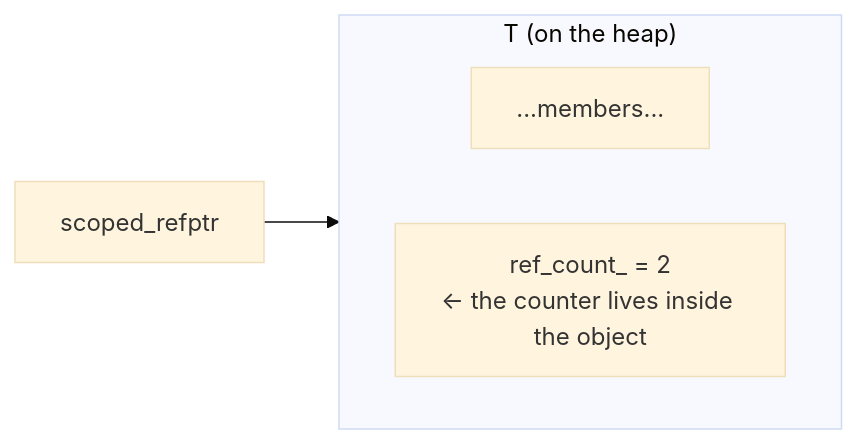
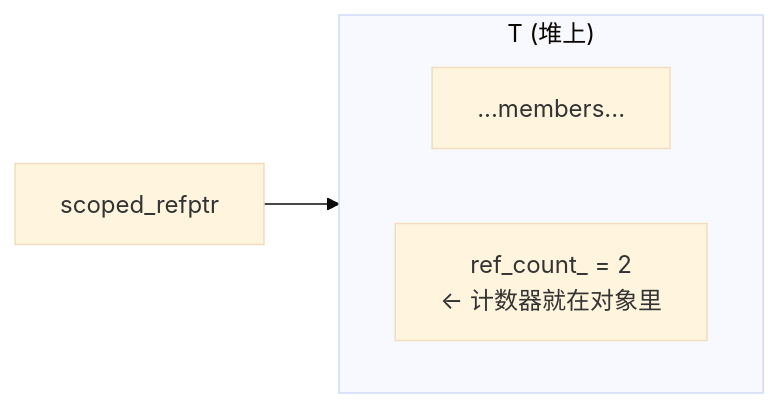
One commit to Awesome-Embedded-Learning-Studio/Tutorial_AwesomeModernCPP changed the second of 2 diagrams in documents/en/vol9-open-source-project-learn/chrome/02_weak_ptr/full/pre-01-weak-ptr-intrusive-refcount-and-scoped-refptr.md. Above: the diagram before and after it, drawn with Mermaid (base theme). The commit also changed other lines of this file and 749 other files, not shown here.

````diff
--- a/documents/en/vol9-open-source-project-learn/chrome/02_weak_ptr/full/pre-01-weak-ptr-intrusive-refcount-and-scoped-refptr.md
+++ b/documents/en/vol9-open-source-project-learn/chrome/02_weak_ptr/full/pre-01-weak-ptr-intrusive-refcount-and-scoped-refptr.md
@@ -73,9 +73,9 @@
 ```mermaid
 flowchart LR
     SR["scoped_refptr"] --> T
-    subgraph T["T (on the heap)"]
+    subgraph T["T (堆上)"]
         direction LR
         M["...members..."]
-        RC["ref_count_ = 2<br/>← the counter lives inside the object"]
+        RC["ref_count_ = 2<br/>← 计数器就在对象里"]
     end
 ```
````
